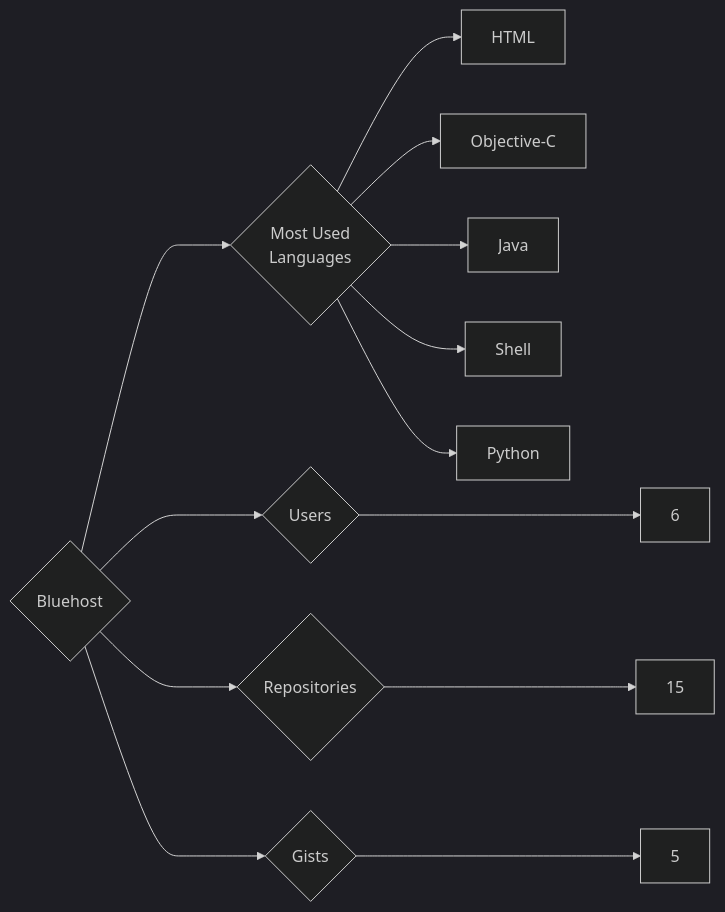
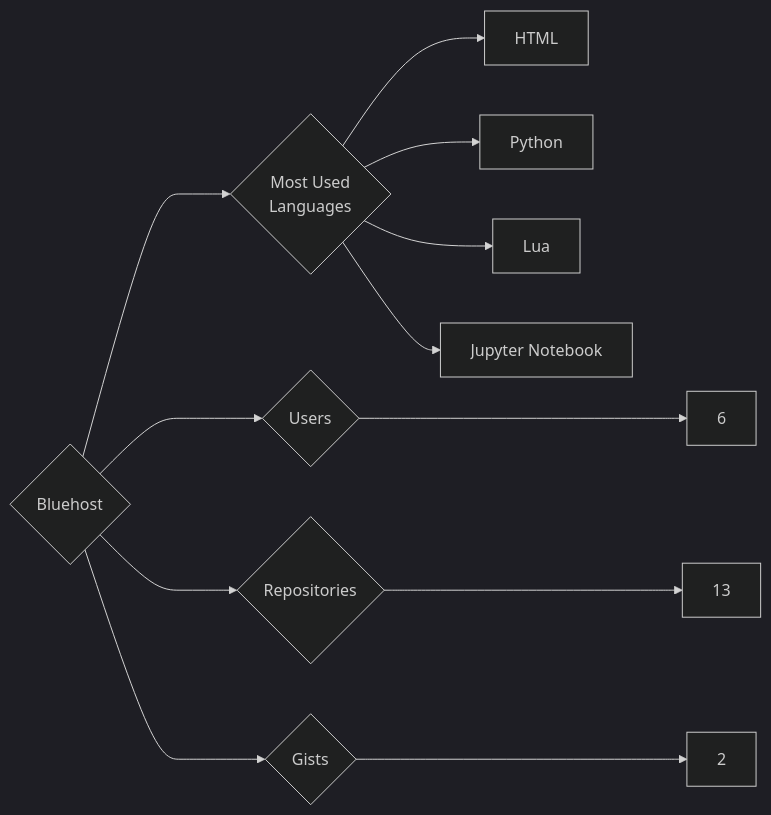
One commit to trickest/insiders changed the diagram in targets/Bluehost/README.md. Above: the diagram before and after it, drawn with Mermaid (dark theme). The commit also changed 1149 other files, not shown here.

````diff
--- a/targets/Bluehost/README.md
+++ b/targets/Bluehost/README.md
@@ -3,13 +3,12 @@
 ```mermaid
 graph LR
 COMPANY_NAME{Bluehost}
 COMPANY_NAME ---> U{Users} ---> UN[6]
-COMPANY_NAME ---> R{Repositories} ---> RN[15]
-COMPANY_NAME ---> G{Gists} ---> GN[5]
+COMPANY_NAME ---> R{Repositories} ---> RN[13]
+COMPANY_NAME ---> G{Gists} ---> GN[2]
 COMPANY_NAME ---> ML{Most Used<br>Languages}
 ML --> HTML[HTML]
-ML --> Objective-C[Objective-C]
-ML --> Java[Java]
-ML --> Shell[Shell]
 ML --> Python[Python]
+ML --> Lua[Lua]
+ML --> Jupyter_Notebook[Jupyter Notebook]
 ```
````
